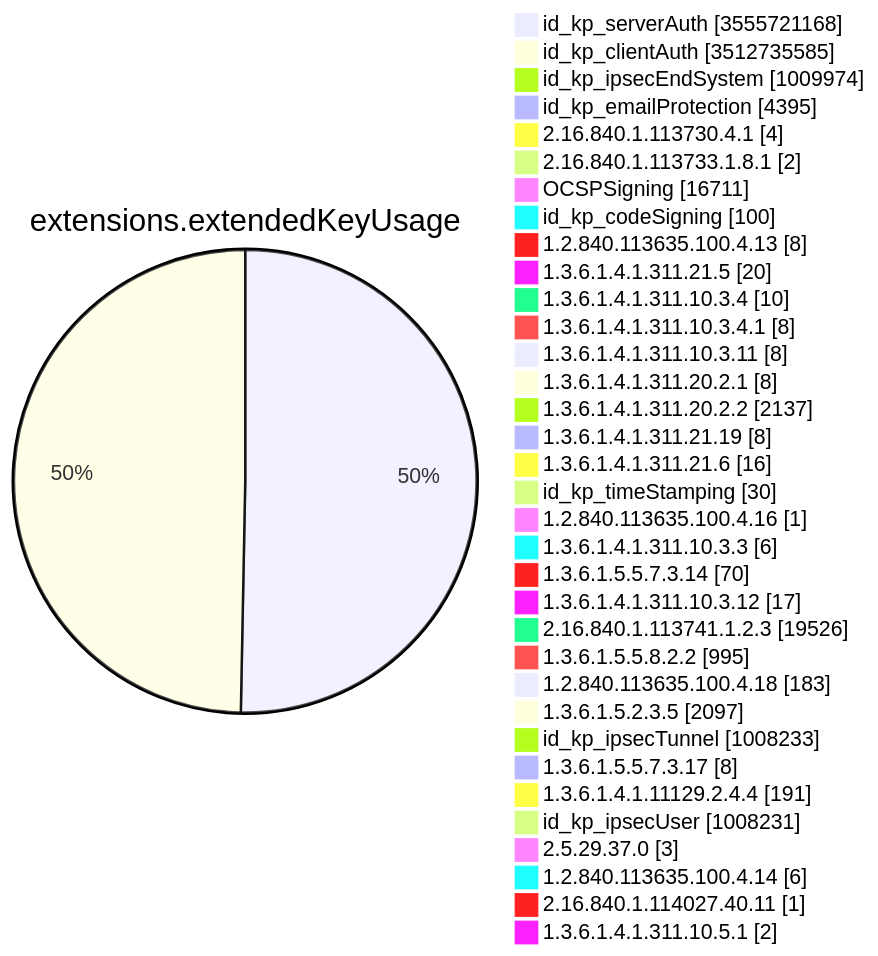
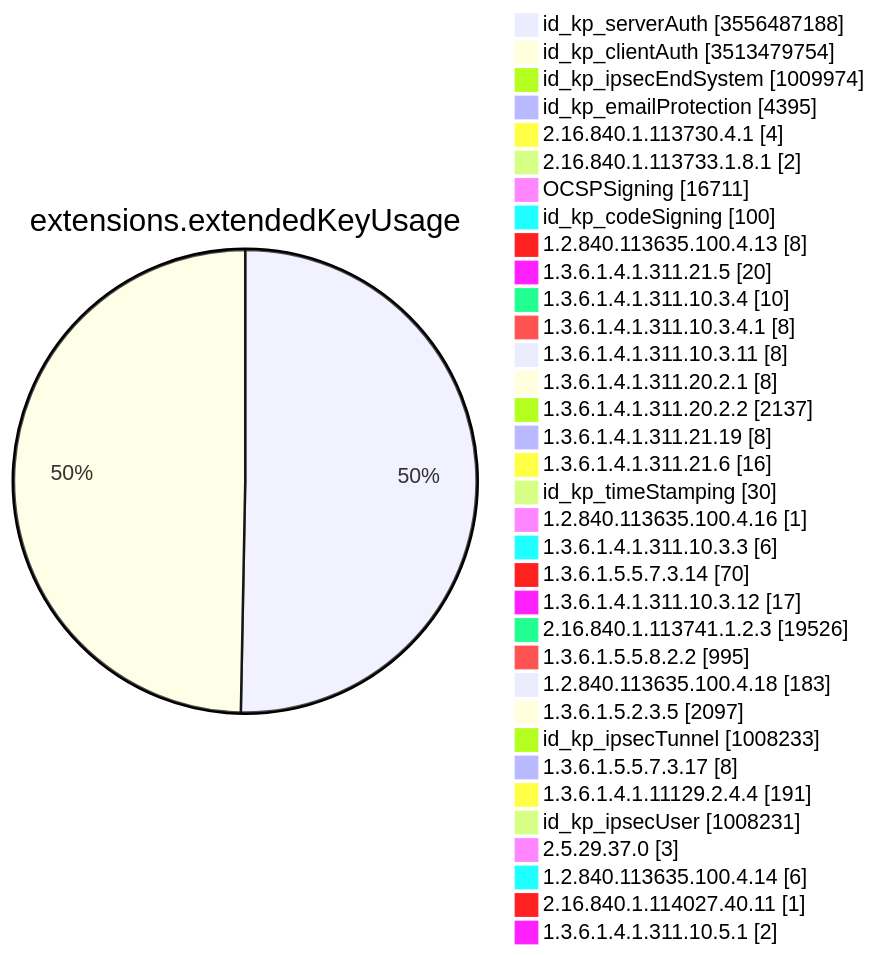
Diagram 11 of 15 in TOTAL/README.md (christiankrug/ctmonitor_visualization), drawn with Mermaid before and after one commit. The commit also changed other lines of this file, not shown here.

````diff
--- a/TOTAL/README.md
+++ b/TOTAL/README.md
@@ -4128,38 +4128,38 @@
 ```mermaid
 pie showData
 title extensions.extendedKeyUsage
-"id_kp_serverAuth" :3555721168
-"id_kp_clientAuth" :3512735585
+"id_kp_serverAuth" :3556487188
+"id_kp_clientAuth" :3513479754
 "id_kp_ipsecEndSystem" :1009974
 "id_kp_emailProtection" :4395
 "2.16.840.1.113730.4.1" :4
 "2.16.840.1.113733.1.8.1" :2
 "OCSPSigning" :16711
 "id_kp_codeSigning" :100
 "1.2.840.113635.100.4.13" :8
 "1.3.6.1.4.1.311.21.5" :20
 "1.3.6.1.4.1.311.10.3.4" :10
 "1.3.6.1.4.1.311.10.3.4.1" :8
 "1.3.6.1.4.1.311.10.3.11" :8
 "1.3.6.1.4.1.311.20.2.1" :8
 "1.3.6.1.4.1.311.20.2.2" :2137
 "1.3.6.1.4.1.311.21.19" :8
 "1.3.6.1.4.1.311.21.6" :16
 "id_kp_timeStamping" :30
 "1.2.840.113635.100.4.16" :1
 "1.3.6.1.4.1.311.10.3.3" :6
 "1.3.6.1.5.5.7.3.14" :70
 "1.3.6.1.4.1.311.10.3.12" :17
 "2.16.840.1.113741.1.2.3" :19526
 "1.3.6.1.5.5.8.2.2" :995
 "1.2.840.113635.100.4.18" :183
 "1.3.6.1.5.2.3.5" :2097
 "id_kp_ipsecTunnel" :1008233
 "1.3.6.1.5.5.7.3.17" :8
 "1.3.6.1.4.1.11129.2.4.4" :191
 "id_kp_ipsecUser" :1008231
 "2.5.29.37.0" :3
 "1.2.840.113635.100.4.14" :6
 "2.16.840.1.114027.40.11" :1
 "1.3.6.1.4.1.311.10.5.1" :2
 ```
````
